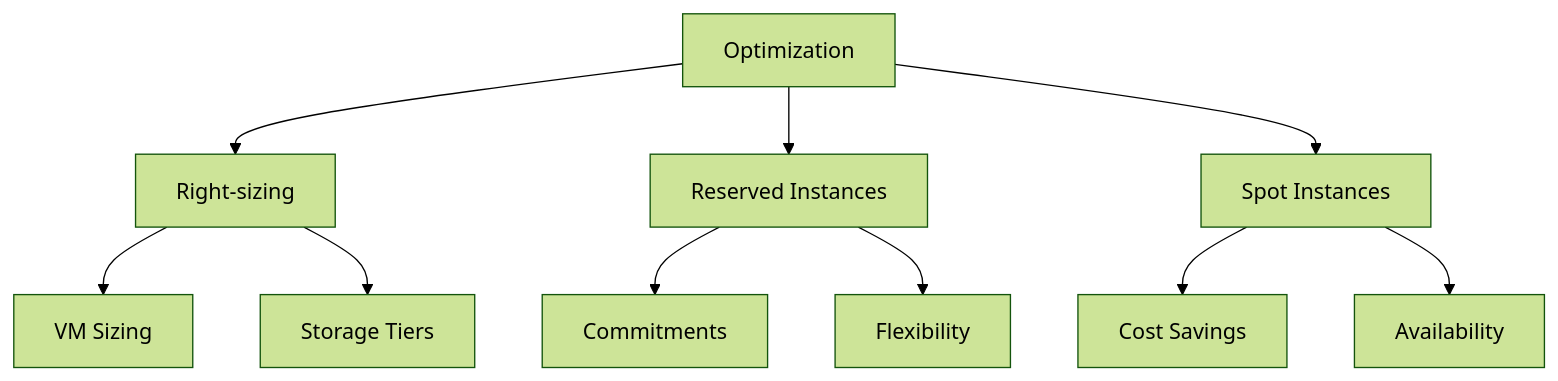
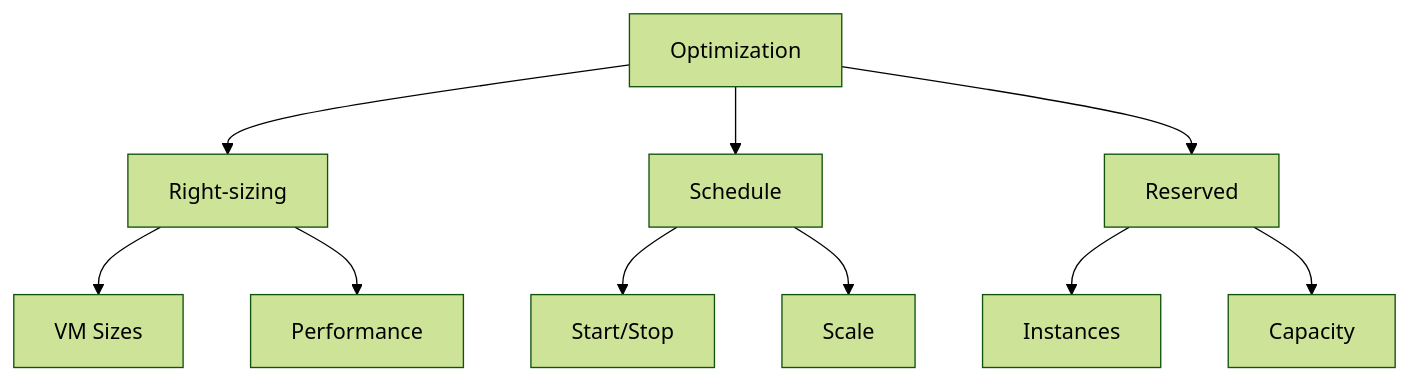
One commit to saravanakumarrc/Architecture_Journey changed the sixth of 15 diagrams in src/azure/az-104/Cost_Management.md. Above: the diagram before and after it, drawn with Mermaid (forest theme). The commit also changed other lines of this file and 6 other files, not shown here.

````diff
--- a/src/azure/az-104/Cost_Management.md
+++ b/src/azure/az-104/Cost_Management.md
@@ -105,15 +107,15 @@
 ```mermaid
 graph TB
     A[Optimization] --> B[Right-sizing]
-    A --> C[Reserved Instances]
-    A --> D[Spot Instances]
+    A --> C[Schedule]
+    A --> D[Reserved]
     
-    B --> E[VM Sizing]
-    B --> F[Storage Tiers]
+    B --> E[VM Sizes]
+    B --> F[Performance]
     
-    C --> G[Commitments]
-    C --> H[Flexibility]
+    C --> G[Start/Stop]
+    C --> H[Scale]
     
-    D --> I[Cost Savings]
-    D --> J[Availability]
+    D --> I[Instances]
+    D --> J[Capacity]
 ```
````
